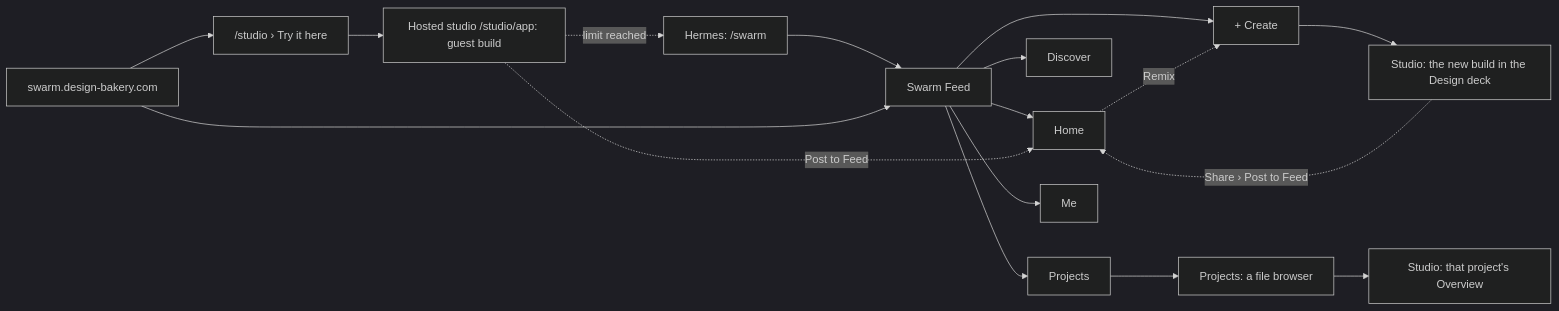
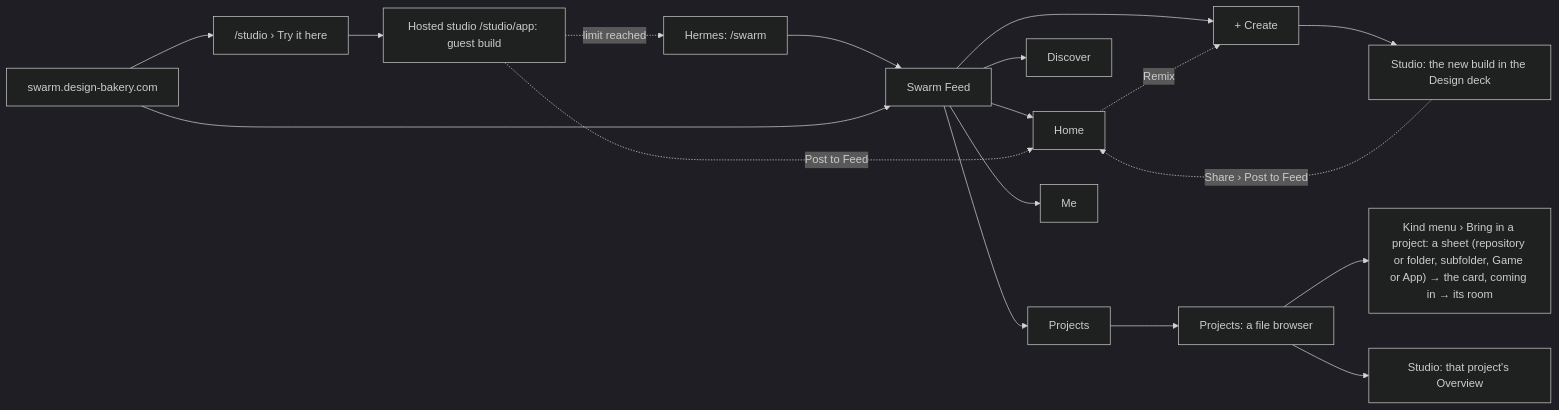
Before and after one commit to Pukujan/swarm-studio: the first of 27 diagrams in docs/ux/SITEMAP.md, drawn with Mermaid (dark theme). The commit also changed 21 other files, not shown here.

First line of the commit message:
Bring a game or app in: a repository or a folder becomes a project the Studio opens

````diff
--- a/docs/ux/SITEMAP.md
+++ b/docs/ux/SITEMAP.md
@@ -19,19 +19,20 @@
 ```mermaid
 flowchart LR
   HX["Hermes: /swarm"] --> FEED["Swarm Feed"]
   WEB["swarm.design-bakery.com"] --> FEED
   FEED --> HOME[Home]
   FEED --> DISC[Discover]
   FEED --> PROJ[Projects]
   FEED --> ME[Me]
   FEED --> CR["+ Create"]
   CR --> ORB["Studio: the new build in the Design deck"]
   PROJ --> GAL["Projects: a file browser"]
+  GAL --> BRING["Kind menu › Bring in a project: a sheet (repository or folder, subfolder, Game or App) → the card, coming in → its room"]
   GAL --> ORB2["Studio: that project's Overview"]
   ORB -.->|Share › Post to Feed| HOME
   HOME -.->|Remix| CR
   WEB --> TRY["/studio › Try it here"]
   TRY --> HOSTED["Hosted studio /studio/app: guest build"]
   HOSTED -.->|Post to Feed| HOME
   HOSTED -.->|limit reached| HX
 ```
````
